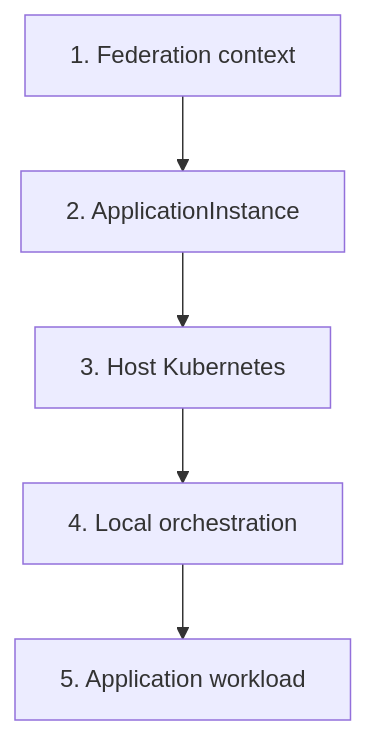
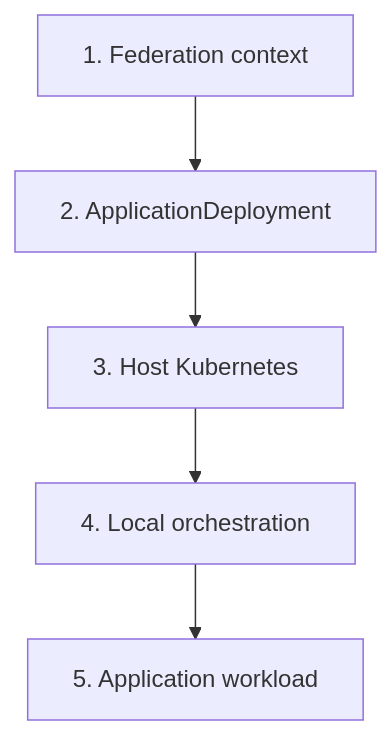
One commit to neonephos-katalis/opg-ewbi-documentation changed the sixth of 14 diagrams in docs/federation.md. Above: the diagram before and after it, drawn with Mermaid. The commit also changed other lines of this file and 2 other files, not shown here.

````diff
--- a/docs/federation.md
+++ b/docs/federation.md
@@ -297,13 +249,13 @@
 ```mermaid
 flowchart TD
     F["1. Federation context"]
-    AI["2. ApplicationInstance"]
+    AI["2. ApplicationDeployment"]
     HK["3. Host Kubernetes"]
     LO["4. Local orchestration"]
     AW["5. Application workload"]
 
     F --> AI
     AI --> HK
     HK --> LO
     LO --> AW
 ```
````
